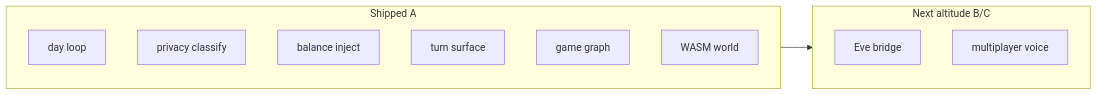
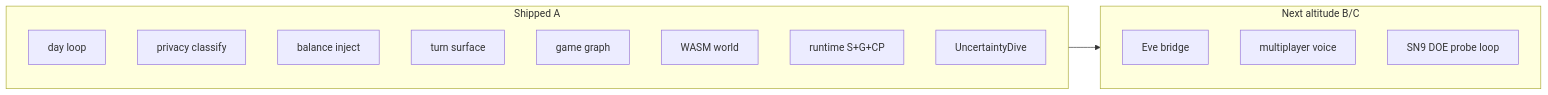
Before and after one commit to thecuriousts/ensembly: the second of 16 diagrams in docs/arch-design/coming-next.md, drawn with Mermaid. The commit also changed other lines of this file and 5 other files, not shown here.

````diff
--- a/docs/arch-design/coming-next.md
+++ b/docs/arch-design/coming-next.md
@@ -55,16 +58,19 @@
 ```mermaid
 flowchart LR
   subgraph shipped["Shipped A"]
     D[day loop]
     P[privacy classify]
     B[balance inject]
     T[turn surface]
     G[game graph]
     W[WASM world]
+    R[runtime S+G+CP]
+    Dive[UncertaintyDive]
   end
   subgraph open["Next altitude B/C"]
     E[Eve bridge]
     M[multiplayer voice]
+    Doe[SN9 DOE probe loop]
   end
   shipped --> open
 ```
````
